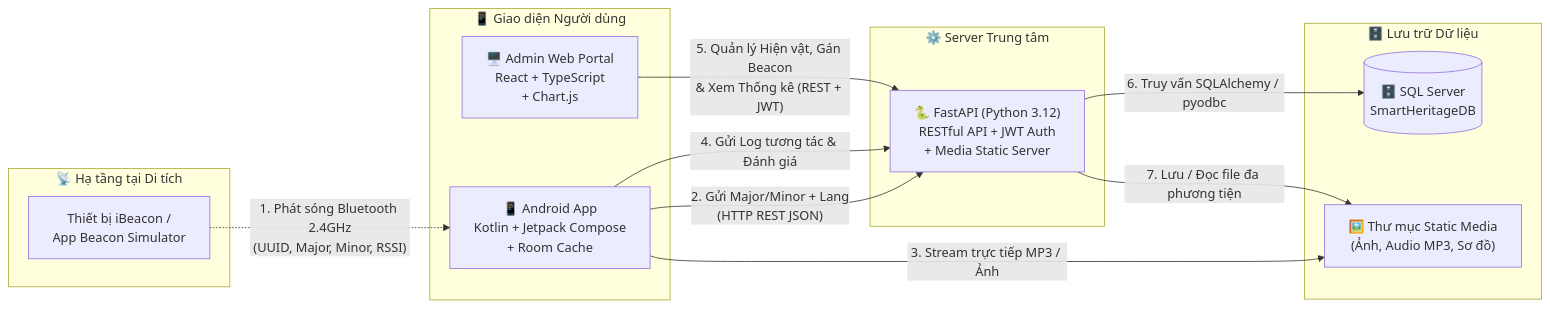
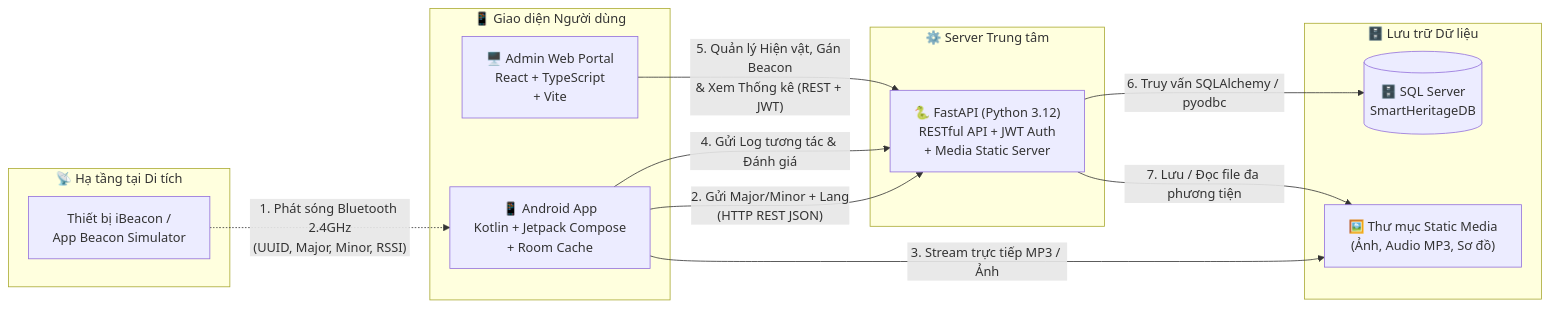
The second of 3 diagrams in README.md (KhiemPham1512/HQTCSDL), drawn with Mermaid before and after one commit. The commit also changed other lines of this file and 18 other files, not shown here.

````diff
--- a/README.md
+++ b/README.md
@@ -66,29 +66,29 @@
 ```mermaid
 flowchart LR
     subgraph Hardware["📡 Hạ tầng tại Di tích"]
         BLE["Thiết bị iBeacon /<br/>App Beacon Simulator"]
     end
 
     subgraph Clients["📱 Giao diện Người dùng"]
         APP["📱 Android App<br/>Kotlin + Jetpack Compose<br/>+ Room Cache"]
-        WEB["🖥️ Admin Web Portal<br/>React + TypeScript<br/>+ Chart.js"]
+        WEB["🖥️ Admin Web Portal<br/>React + TypeScript<br/>+ Vite"]
     end
 
     subgraph Backend["⚙️ Server Trung tâm"]
         API["🐍 FastAPI (Python 3.12)<br/>RESTful API + JWT Auth<br/>+ Media Static Server"]
     end
 
     subgraph DataLayer["🗄️ Lưu trữ Dữ liệu"]
         DB[("🗄️ SQL Server<br/>SmartHeritageDB")]
         FILES["🖼️ Thư mục Static Media<br/>(Ảnh, Audio MP3, Sơ đồ)"]
     end
 
     BLE -. "1. Phát sóng Bluetooth 2.4GHz<br/>(UUID, Major, Minor, RSSI)" .-> APP
     APP -- "2. Gửi Major/Minor + Lang<br/>(HTTP REST JSON)" --> API
     APP -- "3. Stream trực tiếp MP3 / Ảnh" --> FILES
     APP -- "4. Gửi Log tương tác & Đánh giá" --> API
 
     WEB -- "5. Quản lý Hiện vật, Gán Beacon<br/>& Xem Thống kê (REST + JWT)" --> API
     API -- "6. Truy vấn SQLAlchemy / pyodbc" --> DB
     API -- "7. Lưu / Đọc file đa phương tiện" --> FILES
 ```
````
